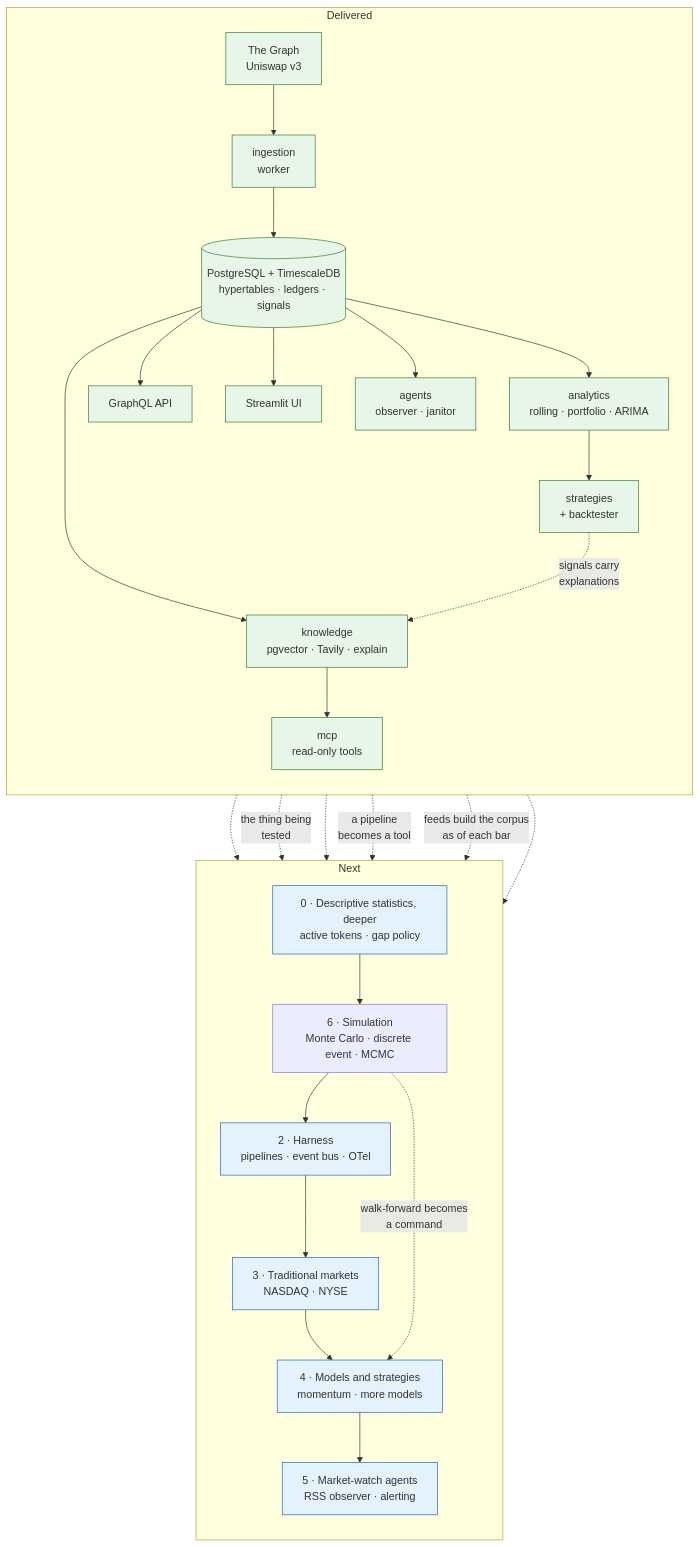
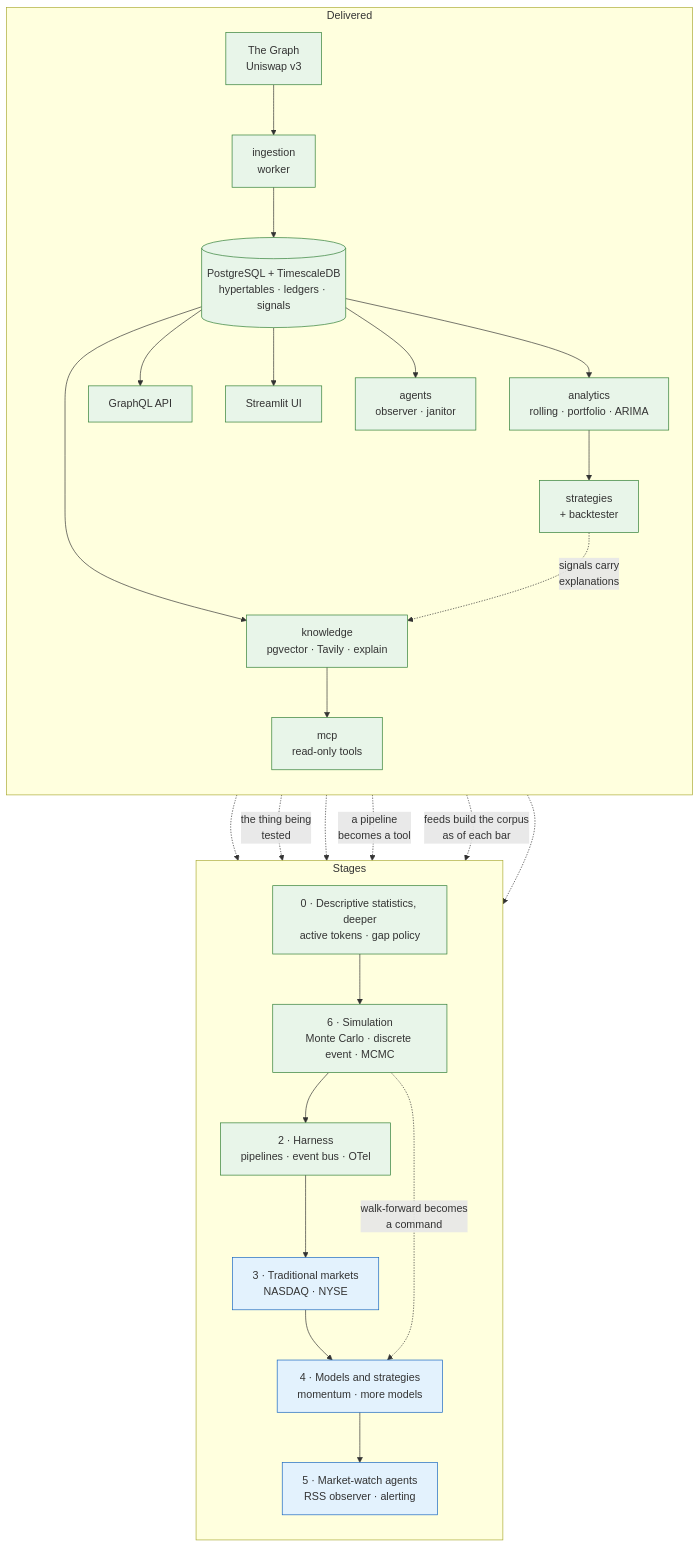
The diagram in docs/roadmap/DESIGN.md (stamzid/candlegraph), drawn with Mermaid before and after one commit. The commit also changed other lines of this file and 15 other files, not shown here.

````diff
--- a/docs/roadmap/DESIGN.md
+++ b/docs/roadmap/DESIGN.md
@@ -49,40 +48,40 @@
 ```mermaid
 flowchart TB
   subgraph built["Delivered"]
     direction TB
     G["The Graph<br/>Uniswap v3"] --> ING["ingestion<br/>worker"]
     ING --> DB[("PostgreSQL + TimescaleDB<br/>hypertables · ledgers · signals")]
     DB --> AN["analytics<br/>rolling · portfolio · ARIMA"]
     AN --> ST["strategies<br/>+ backtester"]
     DB --> API["GraphQL API"]
     DB --> UI["Streamlit UI"]
     DB --> AG["agents<br/>observer · janitor"]
     DB --> KG["knowledge<br/>pgvector · Tavily · explain"]
     KG --> MCP["mcp<br/>read-only tools"]
   end
 
-  subgraph next["Next"]
+  subgraph next["Stages"]
     direction TB
     DS["0 · Descriptive statistics, deeper<br/>active tokens · gap policy"]
     SIM["6 · Simulation<br/>Monte Carlo · discrete event · MCMC"]
     H["2 · Harness<br/>pipelines · event bus · OTel"]
     TM["3 · Traditional markets<br/>NASDAQ · NYSE"]
     MS["4 · Models and strategies<br/>momentum · more models"]
     MA["5 · Market-watch agents<br/>RSS observer · alerting"]
     DS --> SIM --> H --> TM --> MS --> MA
   end
 
   AN -.-> DS
   ST -.->|"the thing being<br/>tested"| SIM
   SIM -.->|"walk-forward becomes<br/>a command"| MS
   ST -.->|"signals carry<br/>explanations"| KG
   ING -.-> H
   MCP -.->|"a pipeline<br/>becomes a tool"| H
   KG -.->|"feeds build the corpus<br/>as of each bar"| MA
   AG -.-> MA
 
   classDef done fill:#e8f5e9,stroke:#2e7d32
   classDef todo fill:#e3f2fd,stroke:#1565c0
-  class G,ING,DB,AN,ST,API,UI,AG,KG,MCP done
-  class DS,H,TM,MS,MA todo
+  class G,ING,DB,AN,ST,API,UI,AG,KG,MCP,DS,SIM,H done
+  class TM,MS,MA todo
 ```
````
